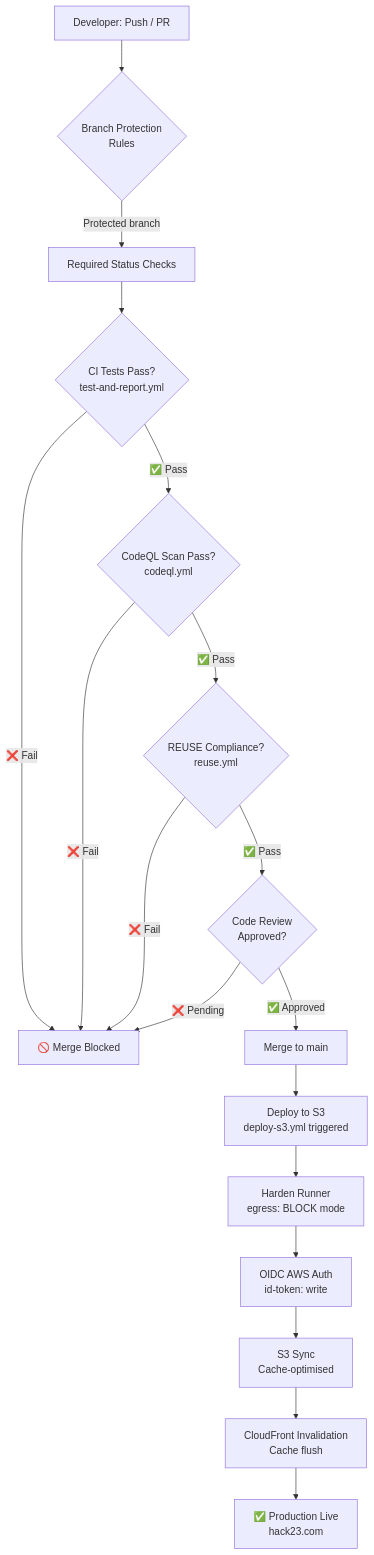
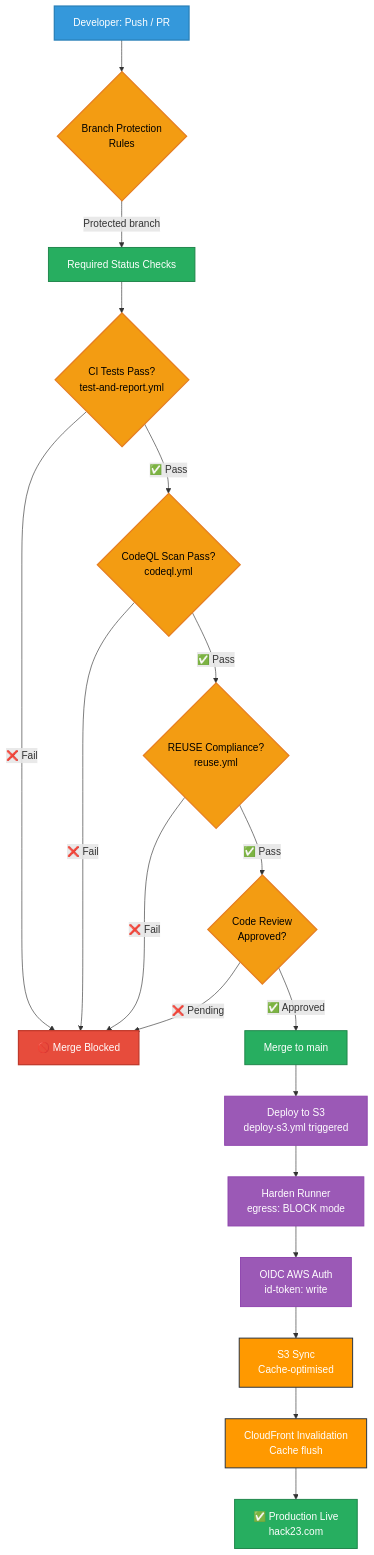
One commit to Hack23/euparliamentmonitor changed diagram 14 of 16 in docs/api/media/WORKFLOWS.md. Above: the diagram before and after it, drawn with Mermaid. The commit also changed other lines of this file and 1053 other files, not shown here.

````diff
--- a/docs/api/media/WORKFLOWS.md
+++ b/docs/api/media/WORKFLOWS.md
@@ -1028,20 +1324,34 @@
 ```mermaid
 graph TD
     A[Developer: Push / PR] --> B{Branch Protection<br/>Rules}
     B -->|Protected branch| C[Required Status Checks]
     C --> D{CI Tests Pass?<br/>test-and-report.yml}
     D -->|✅ Pass| E{CodeQL Scan Pass?<br/>codeql.yml}
     D -->|❌ Fail| BLOCK[🚫 Merge Blocked]
     E -->|✅ Pass| F{REUSE Compliance?<br/>reuse.yml}
     E -->|❌ Fail| BLOCK
     F -->|✅ Pass| G{Code Review<br/>Approved?}
     F -->|❌ Fail| BLOCK
     G -->|✅ Approved| H[Merge to main]
     G -->|❌ Pending| BLOCK
     H --> I[Deploy to S3<br/>deploy-s3.yml triggered]
     I --> J[Harden Runner<br/>egress: BLOCK mode]
     J --> K[OIDC AWS Auth<br/>id-token: write]
     K --> L[S3 Sync<br/>Cache-optimised]
     L --> M[CloudFront Invalidation<br/>Cache flush]
     M --> N[✅ Production Live<br/>hack23.com]
+
+    classDef trigger fill:#3498db,stroke:#2980b9,stroke-width:2px,color:white
+    classDef decision fill:#f39c12,stroke:#e67e22,stroke-width:2px,color:black
+    classDef pass fill:#27ae60,stroke:#1e8449,stroke-width:1.5px,color:white
+    classDef fail fill:#e74c3c,stroke:#c0392b,stroke-width:2px,color:white
+    classDef aws fill:#FF9900,stroke:#232F3E,stroke-width:1.5px,color:white
+    classDef security fill:#9b59b6,stroke:#8e44ad,stroke-width:1.5px,color:white
+
+    class A trigger
+    class B,D,E,F,G decision
+    class C,H,N pass
+    class BLOCK fail
+    class I,J,K security
+    class L,M aws
 ```
````
